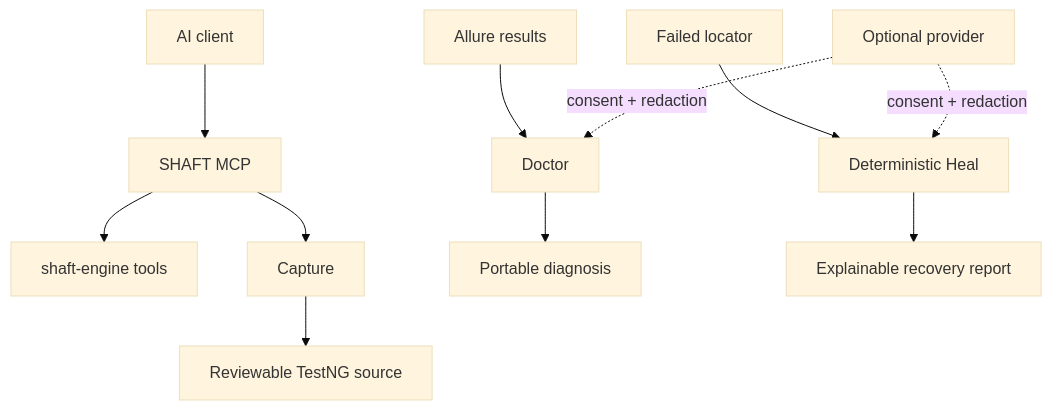
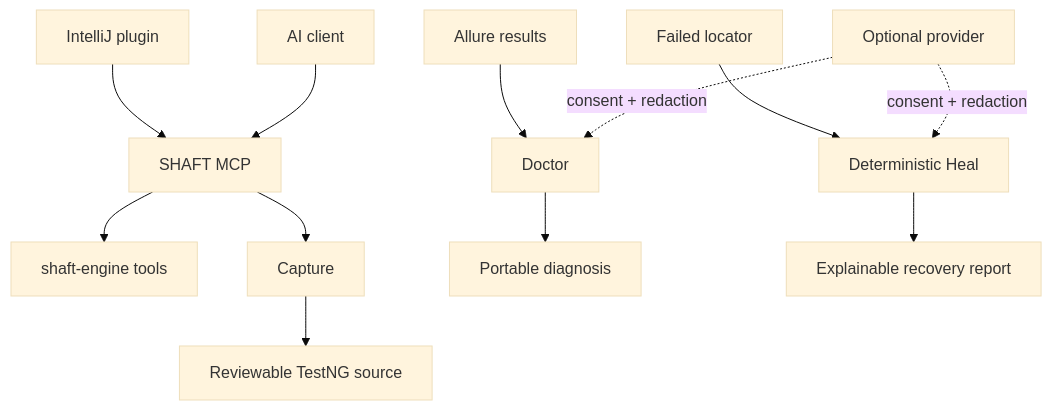
One commit to ShaftHQ/shafthq.github.io changed the diagram in docs/agentic/overview.mdx. Above: the diagram before and after it, drawn with Mermaid (base theme). The commit also changed other lines of this file and 9 other files, not shown here.

First line of the commit message:
Document IntelliJ as the SHAFT coding partner (#707)

````diff
--- a/docs/agentic/overview.mdx
+++ b/docs/agentic/overview.mdx
@@ -15,13 +15,14 @@
 ```mermaid
 flowchart TD
+    IntelliJ["IntelliJ plugin"] --> MCP["SHAFT MCP"]
     Client["AI client"] --> MCP["SHAFT MCP"]
     MCP --> Engine["shaft-engine tools"]
     MCP --> Capture["Capture"]
     Capture --> Generated["Reviewable TestNG source"]
     Results["Allure results"] --> Doctor["Doctor"]
     Doctor --> Diagnosis["Portable diagnosis"]
     FailedLocator["Failed locator"] --> Heal["Deterministic Heal"]
     Heal --> Report["Explainable recovery report"]
     Provider["Optional provider"] -. consent + redaction .-> Doctor
     Provider -. consent + redaction .-> Heal
 ```
````
